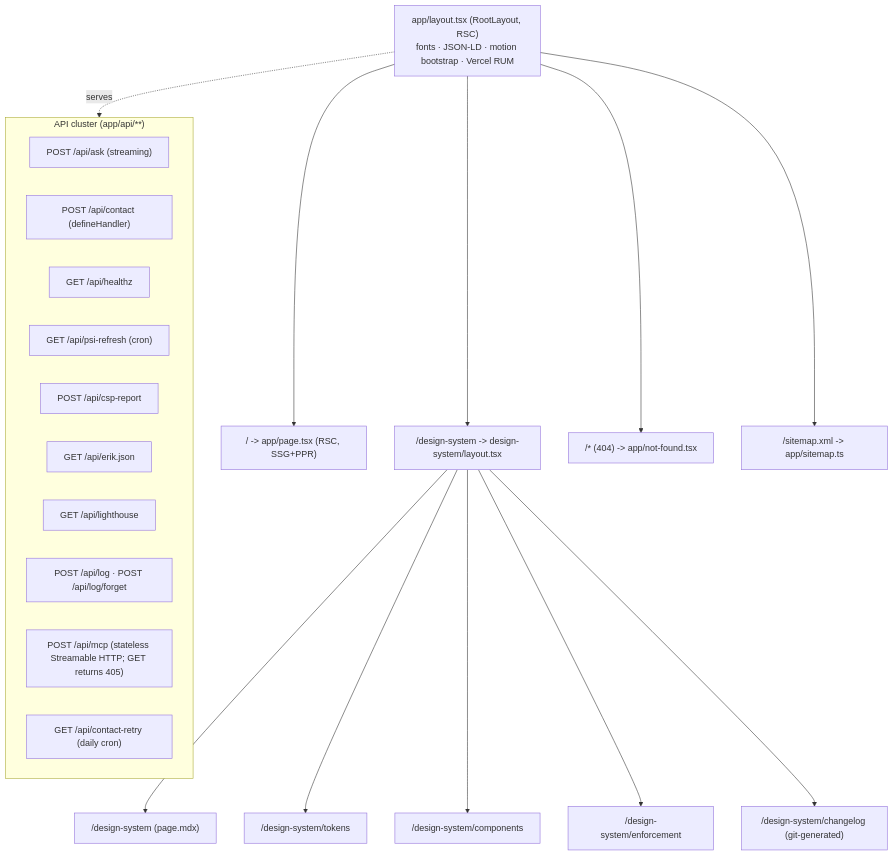
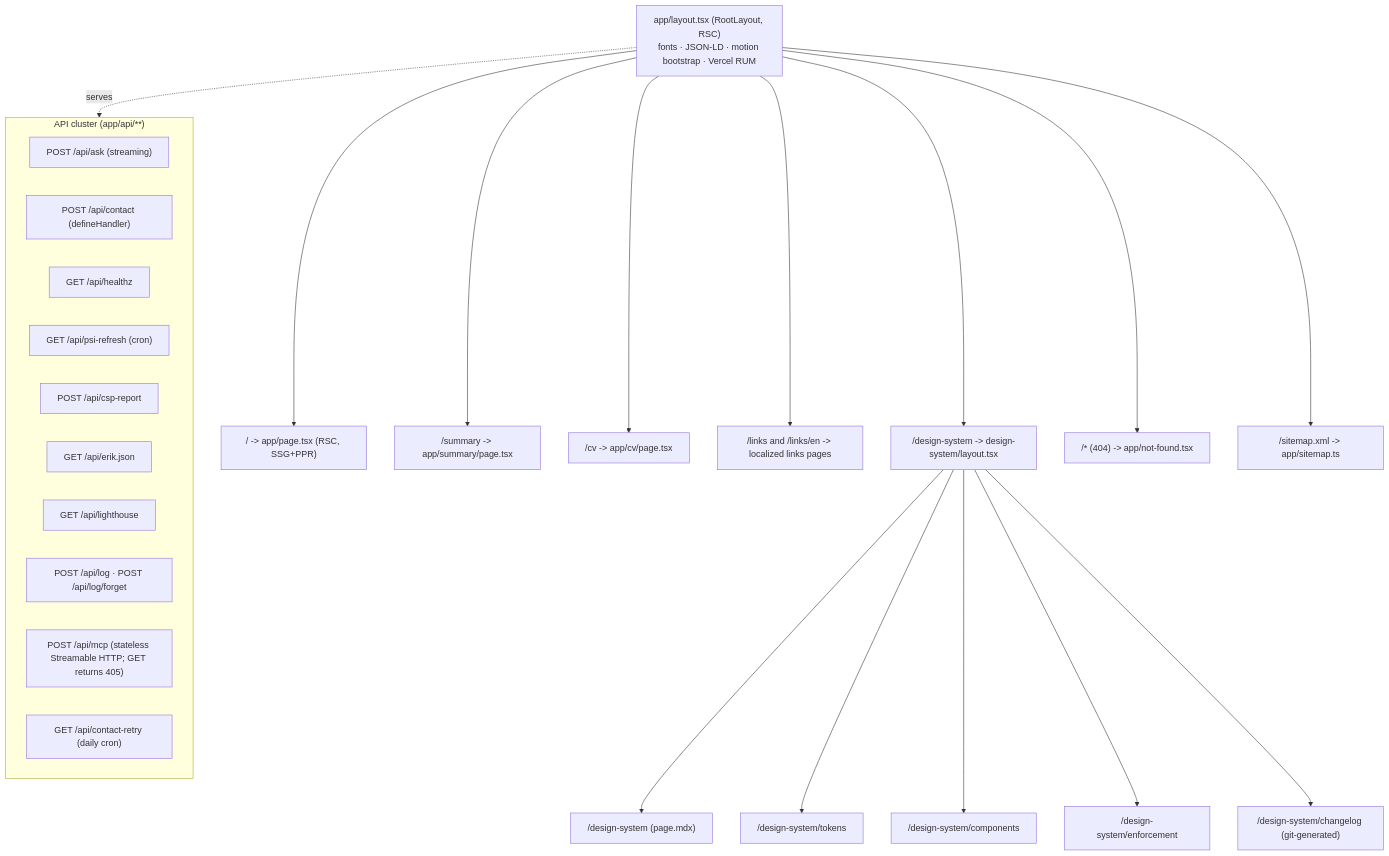
The first of 6 diagrams in docs/03-rendering-and-data-flow.md (erikunha/portfolio), drawn with Mermaid before and after one commit. The commit also changed other lines of this file and 15 other files, not shown here.

````diff
--- a/docs/03-rendering-and-data-flow.md
+++ b/docs/03-rendering-and-data-flow.md
@@ -7,26 +7,29 @@
 ```mermaid
 flowchart TD
     layout["app/layout.tsx (RootLayout, RSC)<br/>fonts · JSON-LD · motion bootstrap · Vercel RUM"]
     layout --> home["/ -> app/page.tsx (RSC, SSG+PPR)"]
+    layout --> summary["/summary -> app/summary/page.tsx"]
+    layout --> cv["/cv -> app/cv/page.tsx"]
+    layout --> links["/links and /links/en -> localized links pages"]
     layout --> ds["/design-system -> design-system/layout.tsx"]
     layout --> nf["/* (404) -> app/not-found.tsx"]
     layout --> sm["/sitemap.xml -> app/sitemap.ts"]
     ds --> ds1["/design-system (page.mdx)"]
     ds --> ds2["/design-system/tokens"]
     ds --> ds3["/design-system/components"]
     ds --> ds4["/design-system/enforcement"]
     ds --> ds5["/design-system/changelog (git-generated)"]
     subgraph api["API cluster (app/api/**)"]
       api1["POST /api/ask (streaming)"]
       api2["POST /api/contact (defineHandler)"]
       api3["GET /api/healthz"]
       api4["GET /api/psi-refresh (cron)"]
       api5["POST /api/csp-report"]
       api6["GET /api/erik.json"]
       api7["GET /api/lighthouse"]
       api8["POST /api/log · POST /api/log/forget"]
       api9["POST /api/mcp (stateless Streamable HTTP; GET returns 405)"]
       api10["GET /api/contact-retry (daily cron)"]
     end
     layout -.serves.-> api
 ```
````
